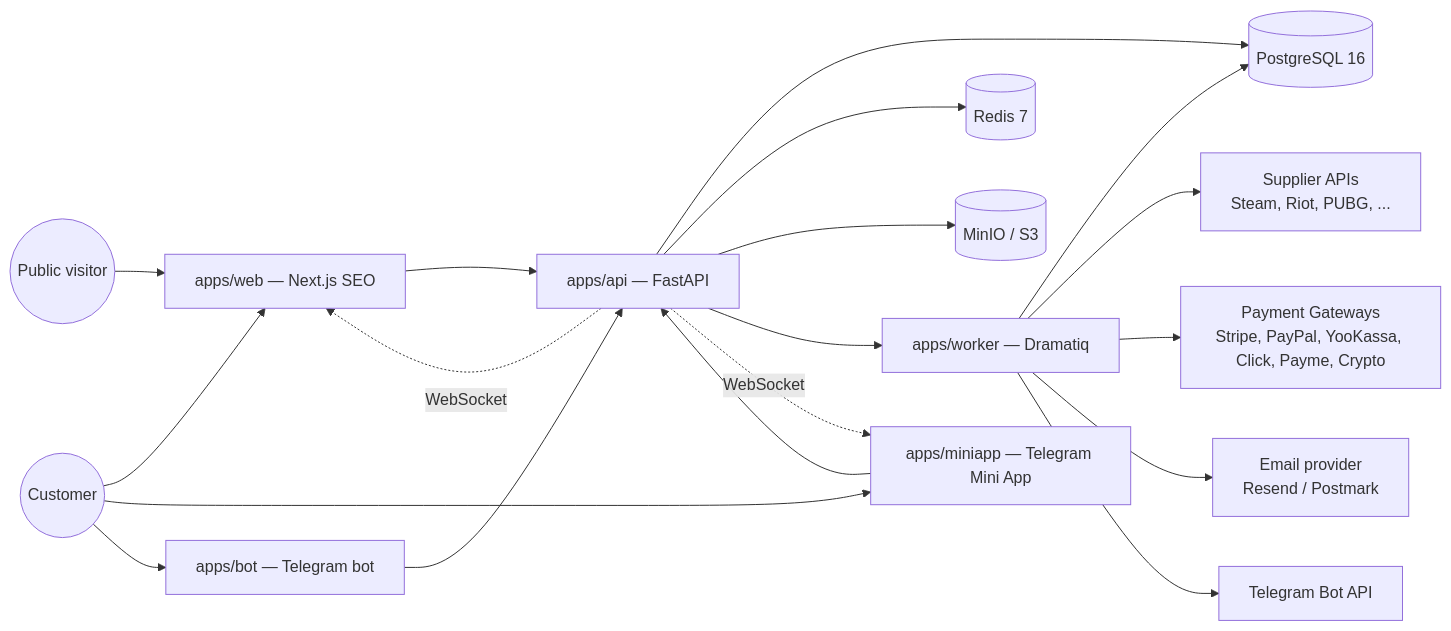
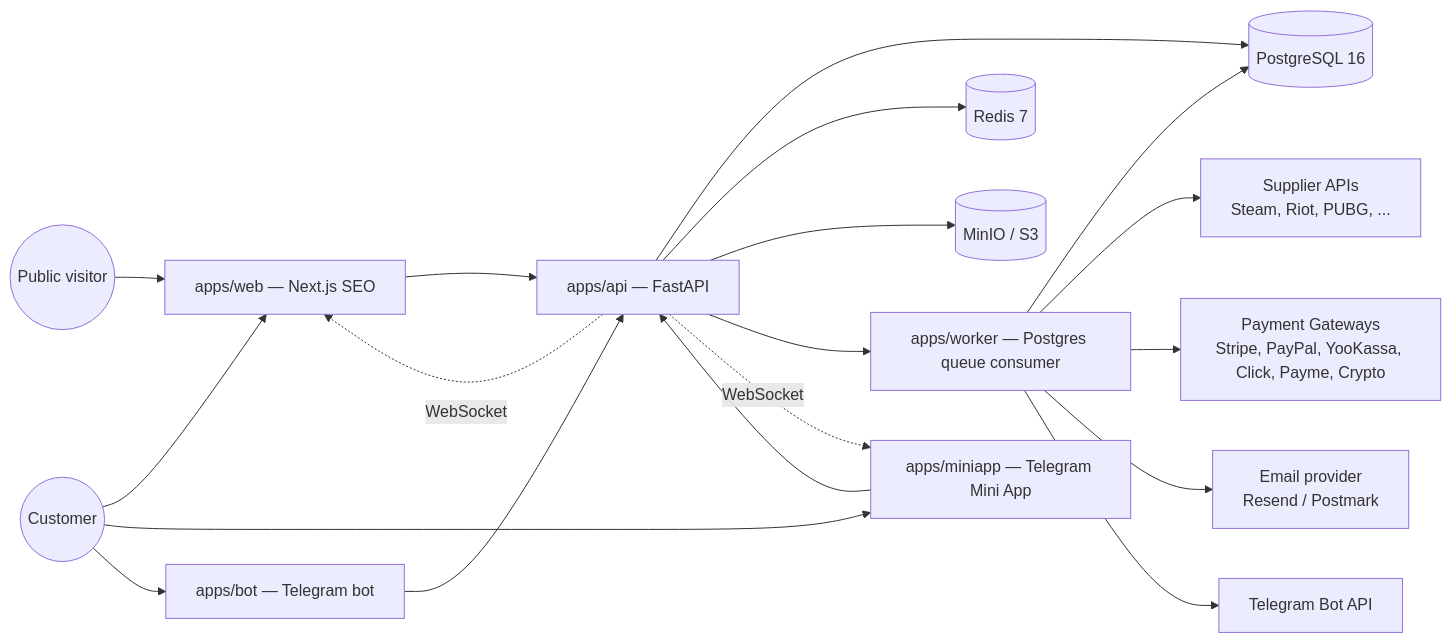
The diagram in docs/architecture/overview.md (jamaomonov/yupay), drawn with Mermaid before and after one commit. The commit also changed 16 other files, not shown here.

````diff
--- a/docs/architecture/overview.md
+++ b/docs/architecture/overview.md
@@ -10,23 +10,23 @@
 ```mermaid
 flowchart LR
     Visitor((Public visitor)) --> Web[apps/web — Next.js SEO]
     Customer((Customer)) --> Web
     Customer --> MiniApp[apps/miniapp — Telegram Mini App]
     Customer --> Bot[apps/bot — Telegram bot]
 
     Web --> API[apps/api — FastAPI]
     MiniApp --> API
     Bot --> API
 
     API --> Postgres[(PostgreSQL 16)]
     API --> Redis[(Redis 7)]
     API --> MinIO[(MinIO / S3)]
-    API --> Worker[apps/worker — Dramatiq]
+    API --> Worker[apps/worker — Postgres queue consumer]
     Worker --> Postgres
     Worker --> Suppliers[Supplier APIs<br/>Steam, Riot, PUBG, ...]
     Worker --> Payments[Payment Gateways<br/>Stripe, PayPal, YooKassa, Click, Payme, Crypto]
     Worker --> Email[Email provider<br/>Resend / Postmark]
     Worker --> TG[Telegram Bot API]
     API -. WebSocket .-> Web
     API -. WebSocket .-> MiniApp
 ```
````
